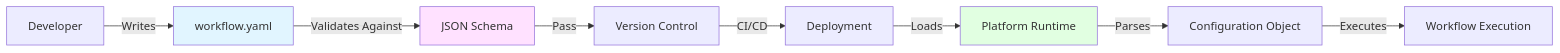
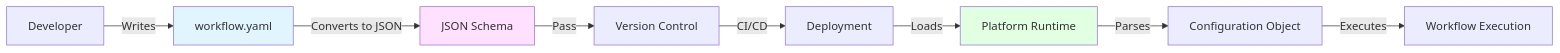
Before and after one commit to nmusset/Retail_DataStreaming_Vibe: the first of 3 diagrams in docs/design/1_proposals/configuration-format.md, drawn with Mermaid. The commit also changed other lines of this file, not shown here.

First line of the commit message:
Ask AI to clarify how JSON schema can validate YAML

````diff
--- a/docs/design/1_proposals/configuration-format.md
+++ b/docs/design/1_proposals/configuration-format.md
@@ -76,15 +78,15 @@
 ```mermaid
 graph LR
     DEV[Developer] -->|Writes| YAML[workflow.yaml]
-    YAML -->|Validates Against| SCHEMA[JSON Schema]
+    YAML -->|Converts to JSON| SCHEMA[JSON Schema]
     SCHEMA -->|Pass| GIT[Version Control]
     GIT -->|CI/CD| DEPLOY[Deployment]
     DEPLOY -->|Loads| PLATFORM[Platform Runtime]
     
     PLATFORM -->|Parses| CONFIG[Configuration Object]
     CONFIG -->|Executes| WORKFLOW[Workflow Execution]
     
     style YAML fill:#e1f5ff
     style SCHEMA fill:#ffe1ff
     style PLATFORM fill:#e1ffe1
 ```
````
